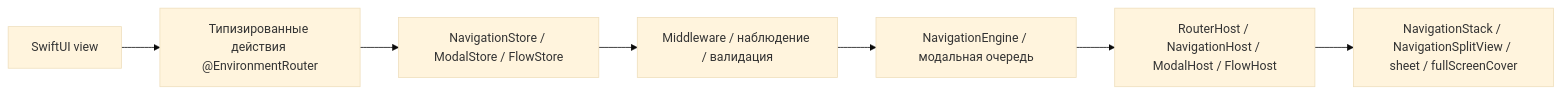
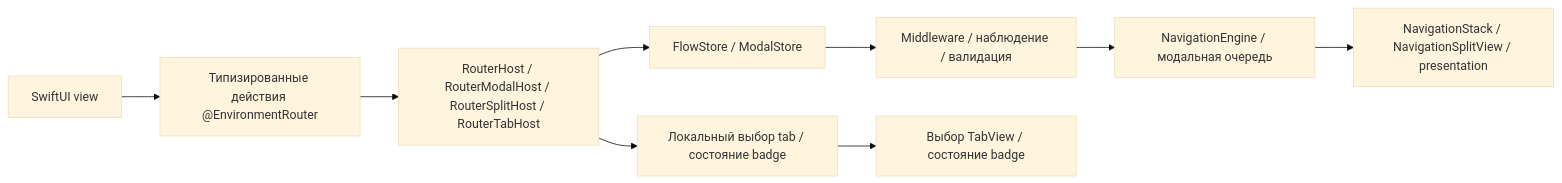
Before and after one commit to InnoSquadCorp/InnoRouter: the first of 2 diagrams in README.ru.md, drawn with Mermaid (base theme). The commit also changed other lines of this file and 9 other files, not shown here.

````diff
--- a/README.ru.md
+++ b/README.ru.md
@@ -309,9 +376,11 @@
 ```mermaid
 flowchart LR
     View["SwiftUI view"] --> Actions["Типизированные действия @EnvironmentRouter"]
-    Actions --> Store["NavigationStore / ModalStore / FlowStore"]
+    Actions --> Host["RouterHost / RouterModalHost / RouterSplitHost / RouterTabHost"]
+    Host --> Store["FlowStore / ModalStore"]
+    Host --> Tabs["Локальный выбор tab / состояние badge"]
     Store --> Policy["Middleware / наблюдение / валидация"]
     Policy --> Execution["NavigationEngine / модальная очередь"]
-    Execution --> Host["RouterHost / NavigationHost / ModalHost / FlowHost"]
-    Host --> System["NavigationStack / NavigationSplitView / sheet / fullScreenCover"]
+    Execution --> Routed["NavigationStack / NavigationSplitView / presentation"]
+    Tabs --> TabView["Выбор TabView / состояние badge"]
 ```
````
